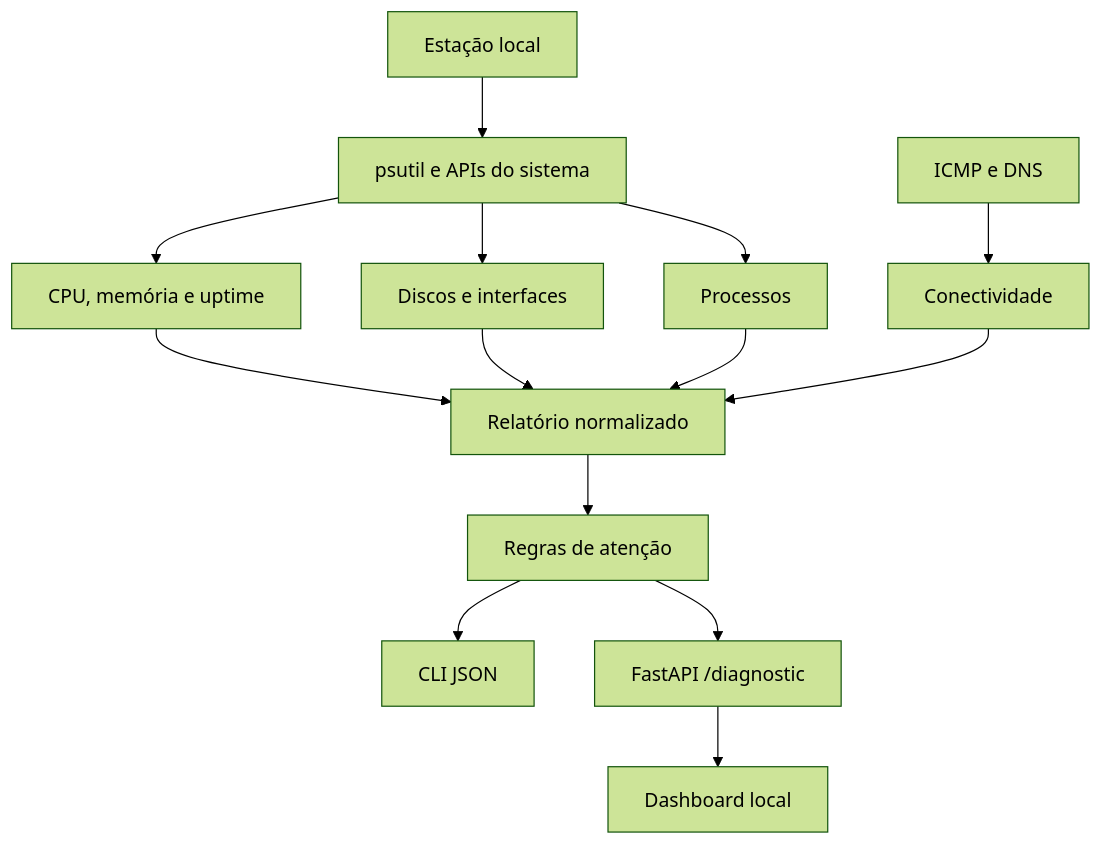
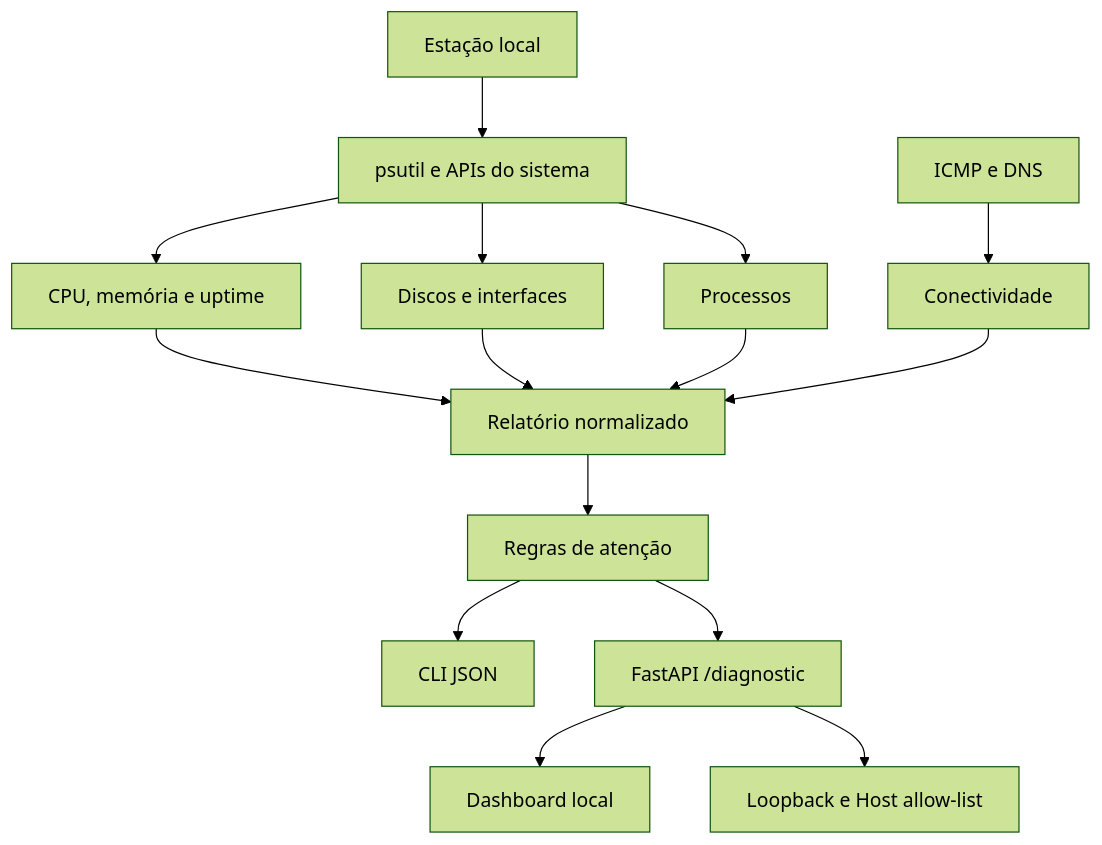
One commit to Clebin0/it-support-toolkit changed the diagram in docs/ARCHITECTURE.md. Above: the diagram before and after it, drawn with Mermaid (forest theme). The commit also changed other lines of this file and 3 other files, not shown here.

````diff
--- a/docs/ARCHITECTURE.md
+++ b/docs/ARCHITECTURE.md
@@ -5,16 +5,17 @@
 ```mermaid
 flowchart TD
     A[Estação local] --> B[psutil e APIs do sistema]
     B --> C[CPU, memória e uptime]
     B --> D[Discos e interfaces]
     B --> E[Processos]
     F[ICMP e DNS] --> G[Conectividade]
     C --> H[Relatório normalizado]
     D --> H
     E --> H
     G --> H
     H --> I[Regras de atenção]
     I --> J[CLI JSON]
     I --> K[FastAPI /diagnostic]
     K --> L[Dashboard local]
+    K --> M[Loopback e Host allow-list]
 ```
````
